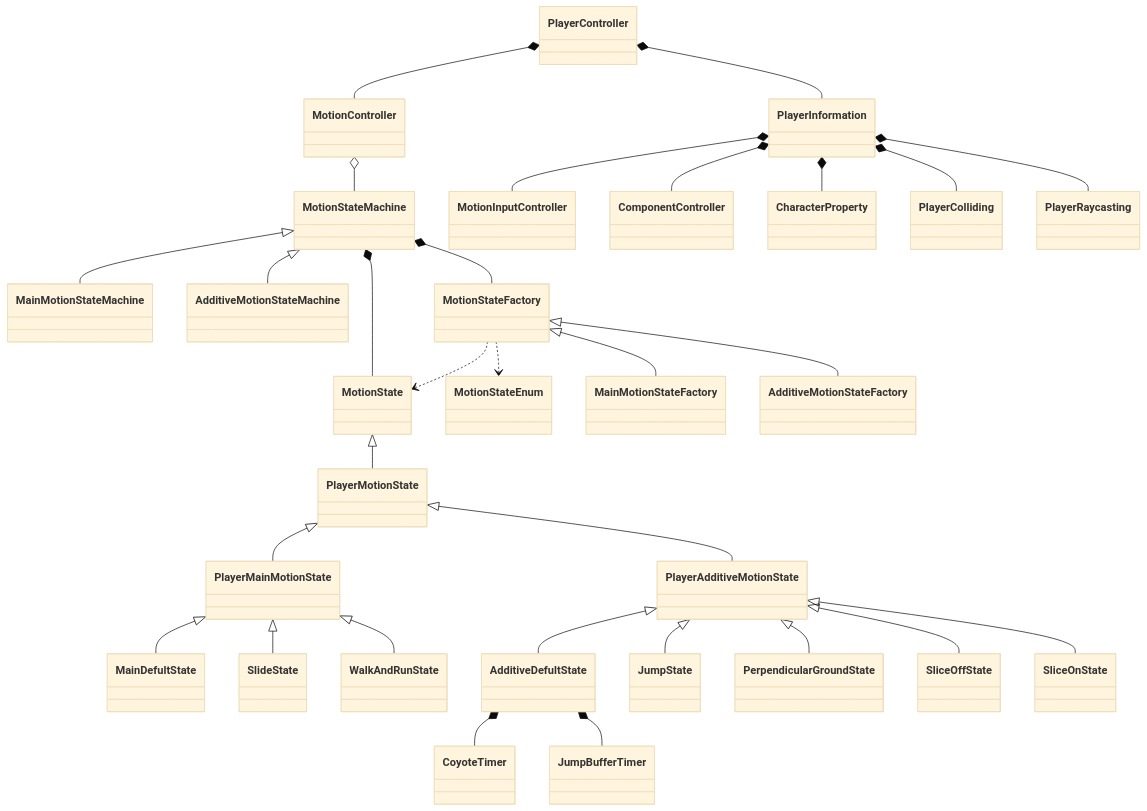
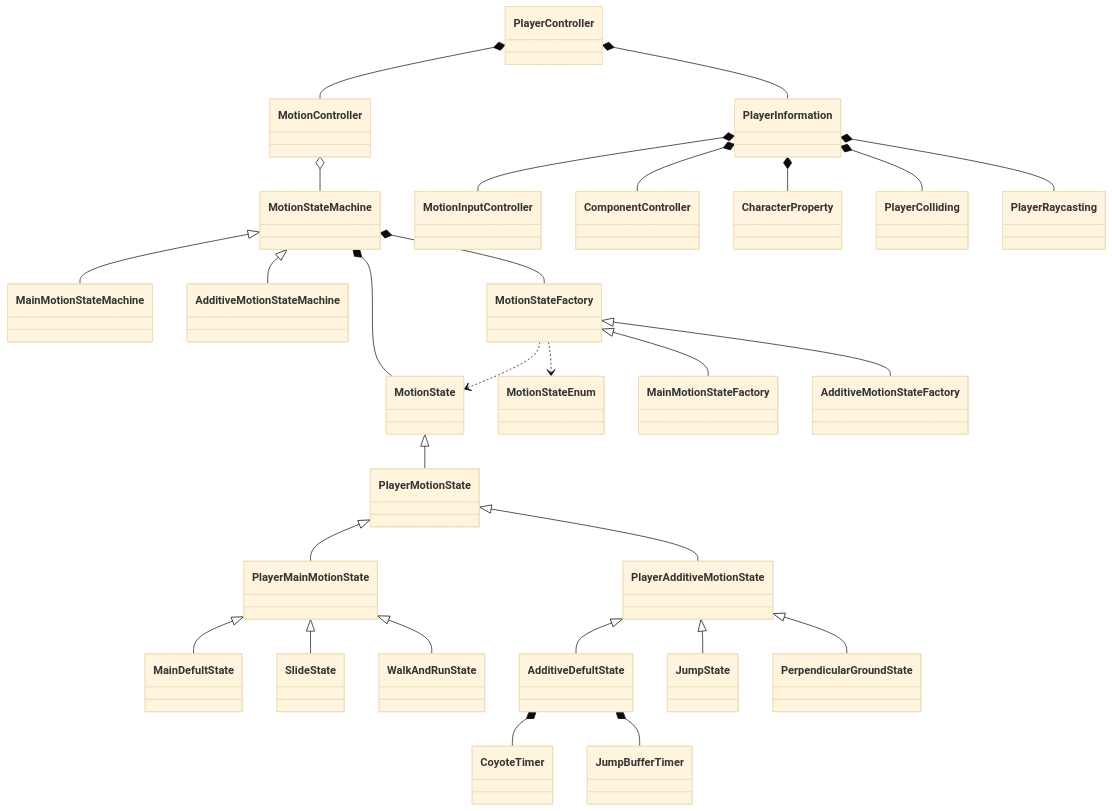
The fourth of 6 diagrams in README.md (flicker-studio/RimeEditor), drawn with Mermaid (base theme) before and after one commit. The commit also changed other lines of this file and 2 other files, not shown here.

````diff
--- a/README.md
+++ b/README.md
@@ -171,32 +171,30 @@
 ```mermaid
 classDiagram
 MotionStateMachine <|-- MainMotionStateMachine
 MotionStateMachine <|-- AdditiveMotionStateMachine
 MotionStateMachine *-- MotionState
 MotionStateMachine *-- MotionStateFactory
 MotionStateFactory ..> MotionState
 MotionStateFactory ..> MotionStateEnum
 MotionStateFactory <|-- MainMotionStateFactory
 MotionStateFactory <|-- AdditiveMotionStateFactory
 MotionController o-- MotionStateMachine
 PlayerController *-- MotionController
 PlayerInformation *-- MotionInputController
 PlayerInformation *-- ComponentController
 PlayerController *-- PlayerInformation
 PlayerInformation *-- CharacterProperty
 PlayerInformation *-- PlayerColliding
 PlayerInformation *-- PlayerRaycasting
 AdditiveDefultState *-- CoyoteTimer
 AdditiveDefultState *-- JumpBufferTimer
 PlayerMainMotionState <|-- MainDefultState
 PlayerMainMotionState <|-- SlideState
 PlayerAdditiveMotionState <|-- AdditiveDefultState
 PlayerMainMotionState <|-- WalkAndRunState
 PlayerAdditiveMotionState <|-- JumpState
 PlayerAdditiveMotionState <|-- PerpendicularGroundState
-PlayerAdditiveMotionState <|-- SliceOffState
-PlayerAdditiveMotionState <|-- SliceOnState
 PlayerMotionState <|-- PlayerMainMotionState
 PlayerMotionState <|-- PlayerAdditiveMotionState
 MotionState <|-- PlayerMotionState
 ```
````
